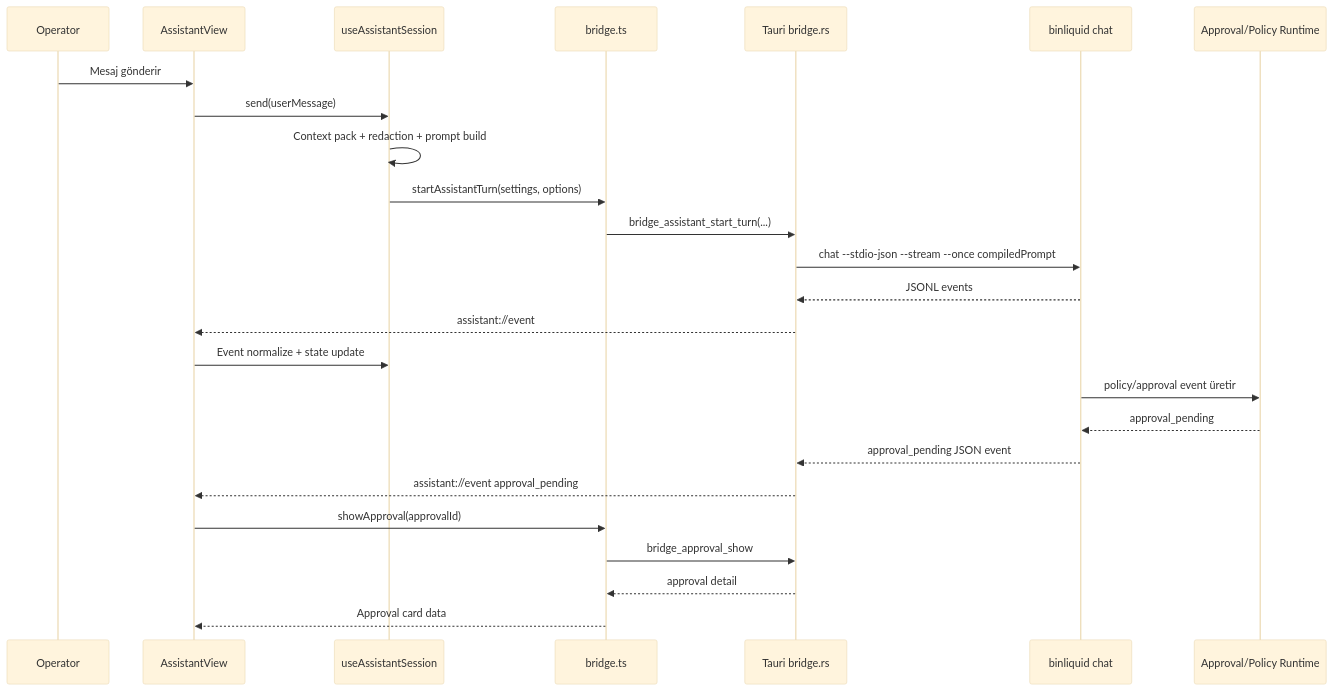
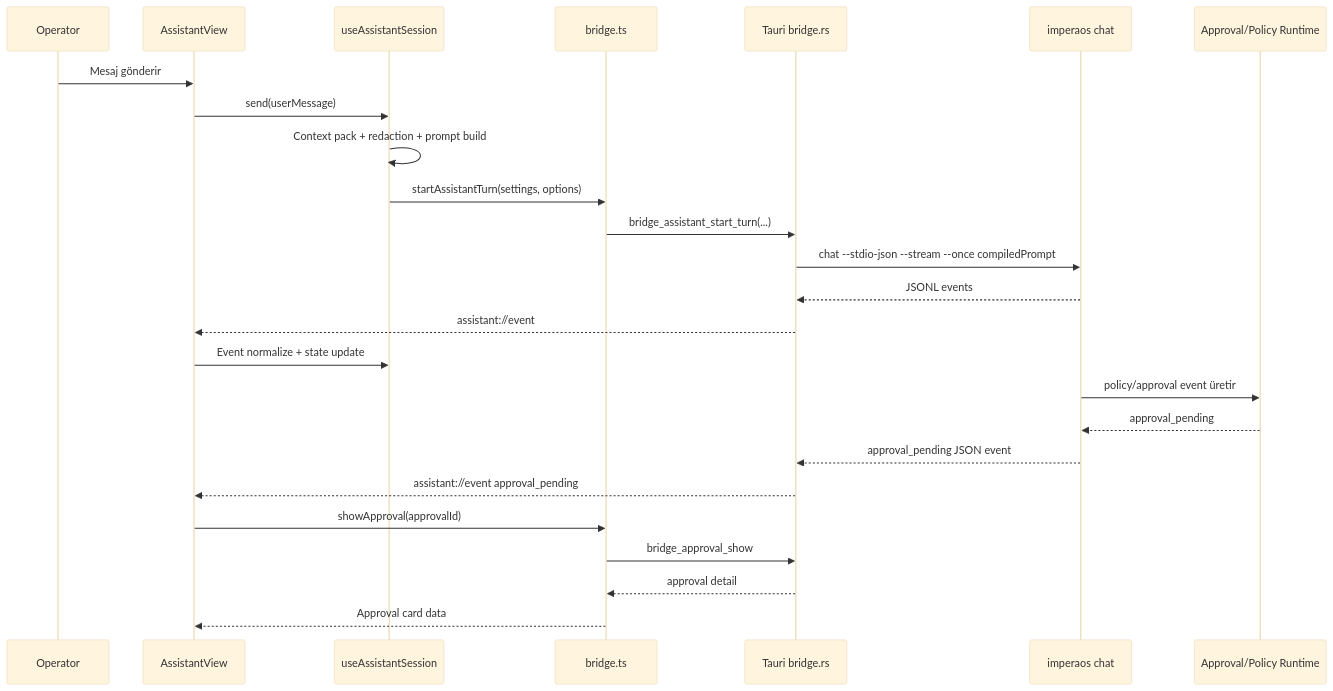
One commit to bakiacikgoz/BinLiquidAI changed the diagram in docs/plans/cli_ai_assistant_ui_integration_plan.md. Above: the diagram before and after it, drawn with Mermaid (base theme). The commit also changed other lines of this file and 139 other files, not shown here.

````diff
--- a/docs/plans/cli_ai_assistant_ui_integration_plan.md
+++ b/docs/plans/cli_ai_assistant_ui_integration_plan.md
@@ -547,28 +547,28 @@
 ```mermaid
 sequenceDiagram
   participant U as Operator
   participant UI as AssistantView
   participant Hook as useAssistantSession
   participant TS as bridge.ts
   participant Rust as Tauri bridge.rs
-  participant CLI as binliquid chat
+  participant CLI as imperaos chat
   participant Gov as Approval/Policy Runtime
 
   U->>UI: Mesaj gönderir
   UI->>Hook: send(userMessage)
   Hook->>Hook: Context pack + redaction + prompt build
   Hook->>TS: startAssistantTurn(settings, options)
   TS->>Rust: bridge_assistant_start_turn(...)
   Rust->>CLI: chat --stdio-json --stream --once compiledPrompt
   CLI-->>Rust: JSONL events
   Rust-->>UI: assistant://event
   UI->>Hook: Event normalize + state update
   CLI->>Gov: policy/approval event üretir
   Gov-->>CLI: approval_pending
   CLI-->>Rust: approval_pending JSON event
   Rust-->>UI: assistant://event approval_pending
   UI->>TS: showApproval(approvalId)
   TS->>Rust: bridge_approval_show
   Rust-->>TS: approval detail
   TS-->>UI: Approval card data
 ```
````
